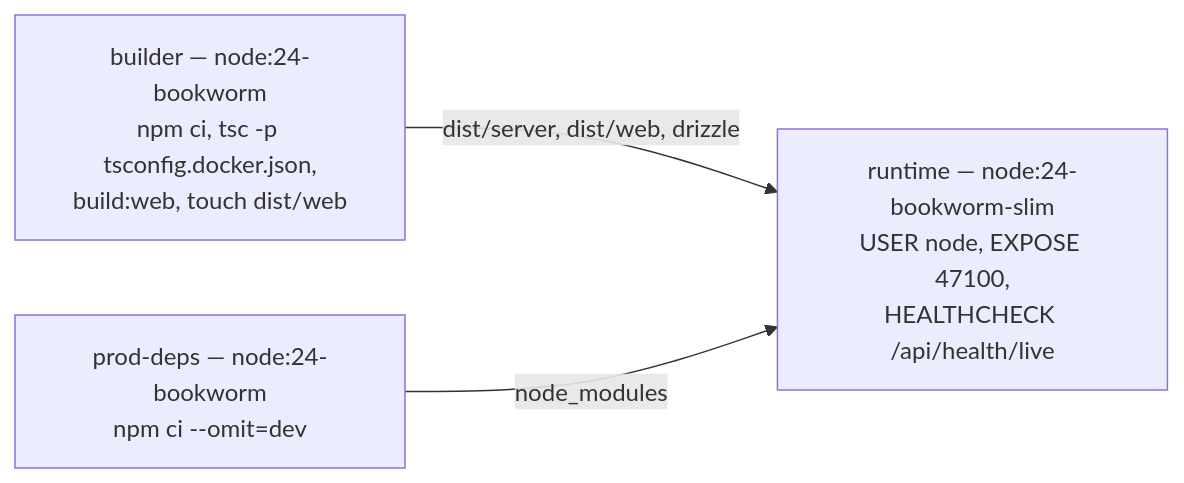
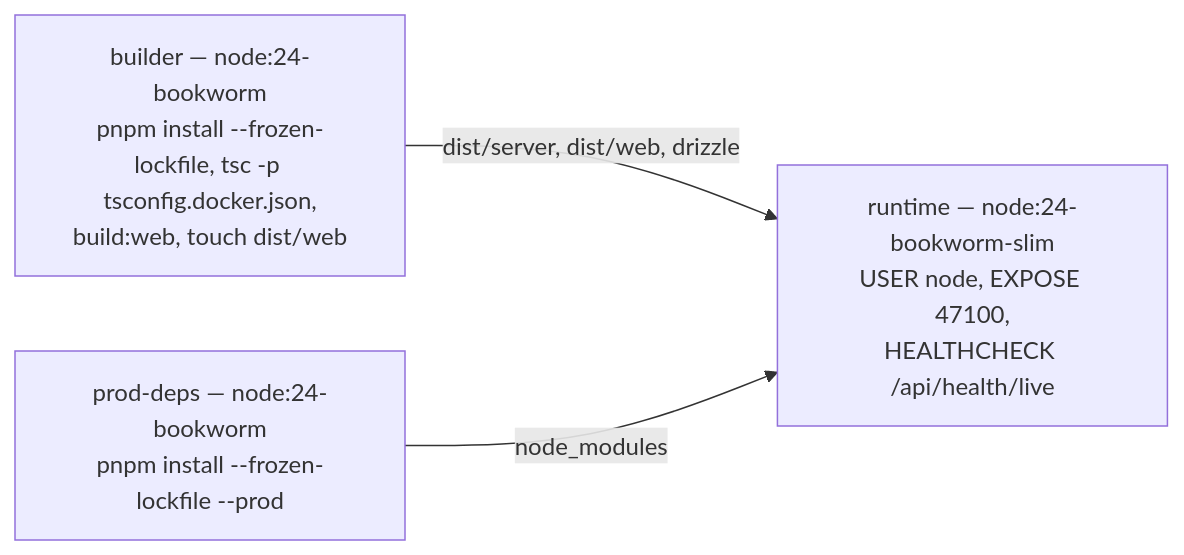
The second of 4 diagrams in website/docs/operations/self-host-and-domains.md (chomamateusz/agentproofarch), drawn with Mermaid before and after one commit. The commit also changed other lines of this file and 74 other files, not shown here.

First line of the commit message:
Toolchain: migrate npm -> pnpm (supply-chain hardening)

````diff
--- a/website/docs/operations/self-host-and-domains.md
+++ b/website/docs/operations/self-host-and-domains.md
@@ -70,8 +70,8 @@
 ```mermaid
 flowchart LR
-    b["builder — node:24-bookworm<br/>npm ci, tsc -p tsconfig.docker.json,<br/>build:web, touch dist/web"]
-    p["prod-deps — node:24-bookworm<br/>npm ci --omit=dev"]
+    b["builder — node:24-bookworm<br/>pnpm install --frozen-lockfile, tsc -p tsconfig.docker.json,<br/>build:web, touch dist/web"]
+    p["prod-deps — node:24-bookworm<br/>pnpm install --frozen-lockfile --prod"]
     r["runtime — node:24-bookworm-slim<br/>USER node, EXPOSE 47100,<br/>HEALTHCHECK /api/health/live"]
     b -->|"dist/server, dist/web, drizzle"| r
     p -->|"node_modules"| r
 ```
````
